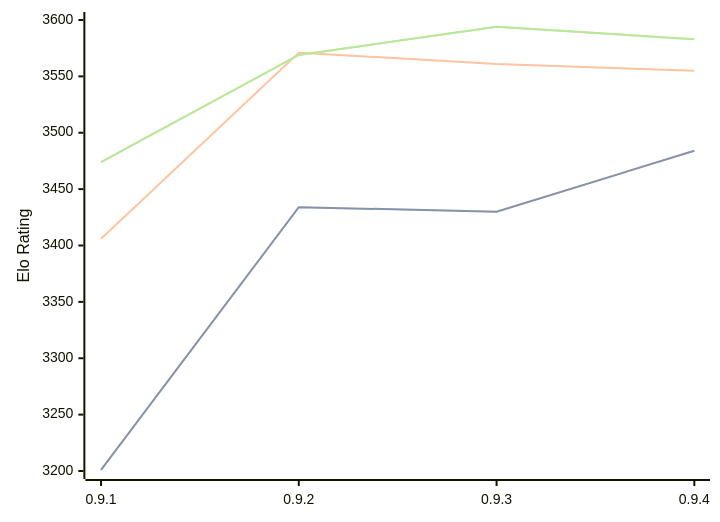
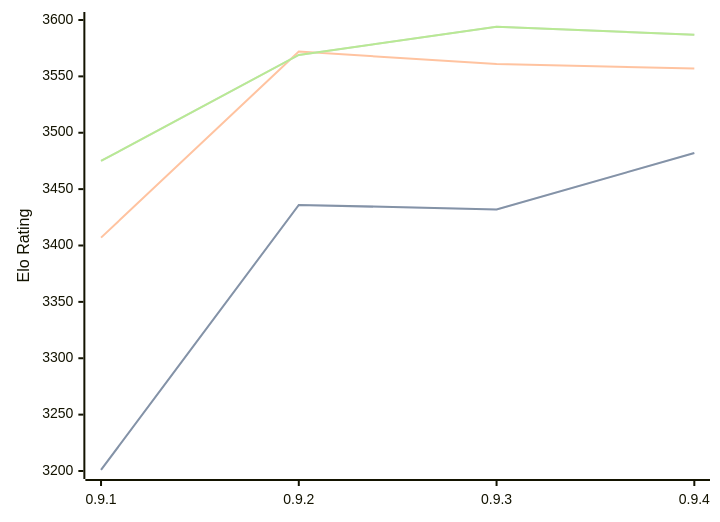
The diagram in engines/Coda.md (computer-chess-index/cci), drawn with Mermaid before and after one commit. The commit also changed other lines of this file, not shown here.

Commit message:
Update CCI Ratings (ELO VLTC) - 2026-09-06

````diff
--- a/engines/Coda.md
+++ b/engines/Coda.md
@@ -34,11 +34,11 @@
 ```mermaid
 %%{init: {"theme":"base","themeVariables":{"seriesColors:['#a3a3a3','#222221','#faa371']}}}%%
 xychart-beta
   x-axis ["0.9.1", "0.9.2", "0.9.3", "0.9.4"]
   y-axis "Elo Rating" 3200 --> 3600
-  line "" [3201, 3434, 3430, 3484]
-  line "STC (8.0+0.08s)" [3201, 3434, 3430, 3484]
-  line "LTC (60.0+0.60s)" [3406, 3571, 3561, 3555]
-  line "" [3474, 3569, 3594, 3583]
-  line "VLTC (2m24s+1.12s)" [3474, 3569, 3594, 3583]
+  line "" [3201, 3436, 3432, 3482]
+  line "STC (8.0+0.08s)" [3201, 3436, 3432, 3482]
+  line "LTC (60.0+0.60s)" [3407, 3572, 3561, 3557]
+  line "" [3475, 3569, 3594, 3587]
+  line "VLTC (2m24s+1.12s)" [3475, 3569, 3594, 3587]
 ```
````
